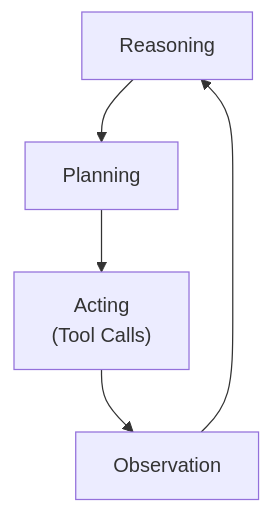
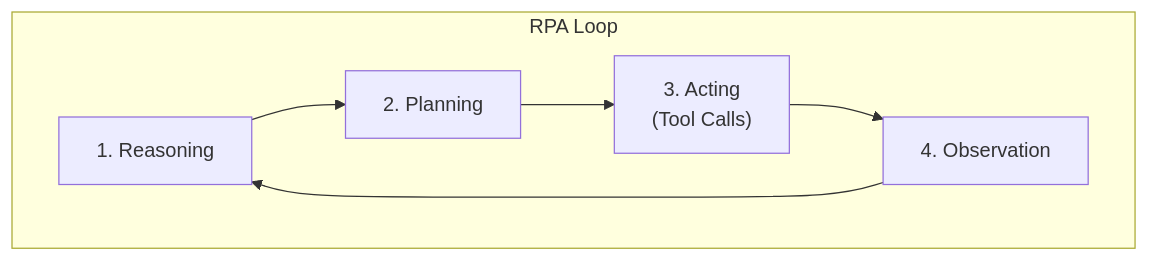
One commit to harimkang/ai-engineer-guide changed the diagram in docs/5-agentic-ai/5-1-시스템-설계/core-loop-rpa.md. Above: the diagram before and after it, drawn with Mermaid. The commit also changed other lines of this file and 28 other files, not shown here.

````diff
--- a/docs/5-agentic-ai/5-1-시스템-설계/core-loop-rpa.md
+++ b/docs/5-agentic-ai/5-1-시스템-설계/core-loop-rpa.md
@@ -20,7 +27,9 @@
 ```mermaid
 flowchart TD
-  R[Reasoning] --> P[Planning]
-  P --> A["Acting<br>(Tool Calls)"]
-  A --> O[Observation]
-  O --> R
+    subgraph RPA Loop
+        R[1. Reasoning] --> P[2. Planning]
+        P --> A["3. Acting<br>(Tool Calls)"]
+        A --> O[4. Observation]
+    end
+    O --> R
 ```
````
